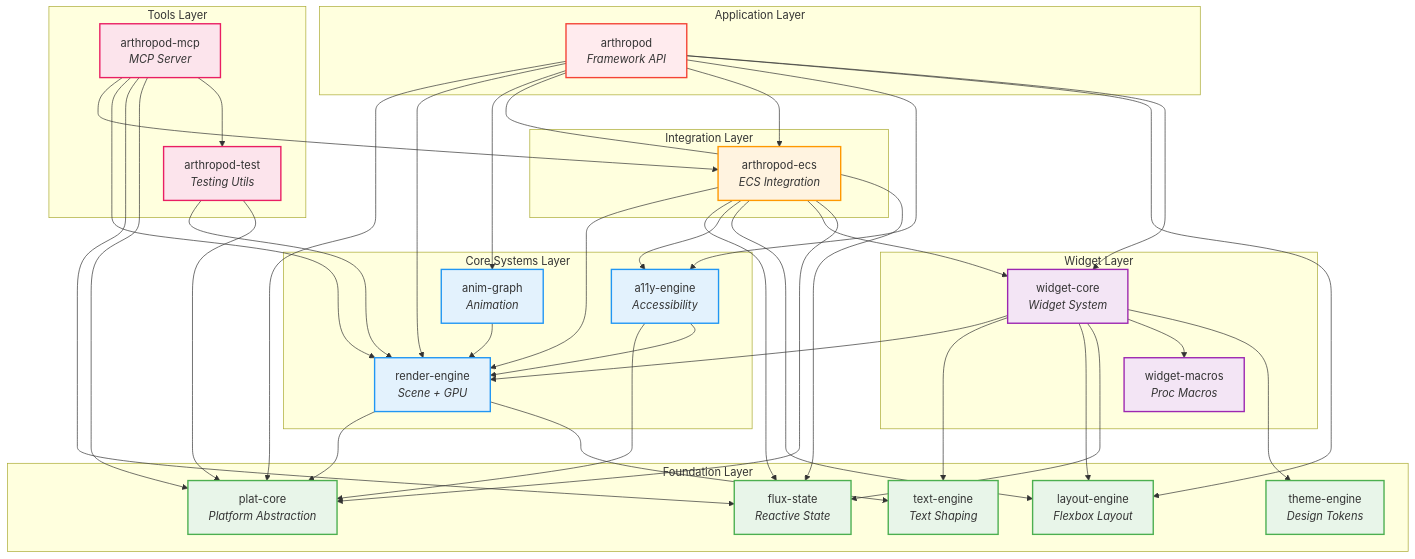
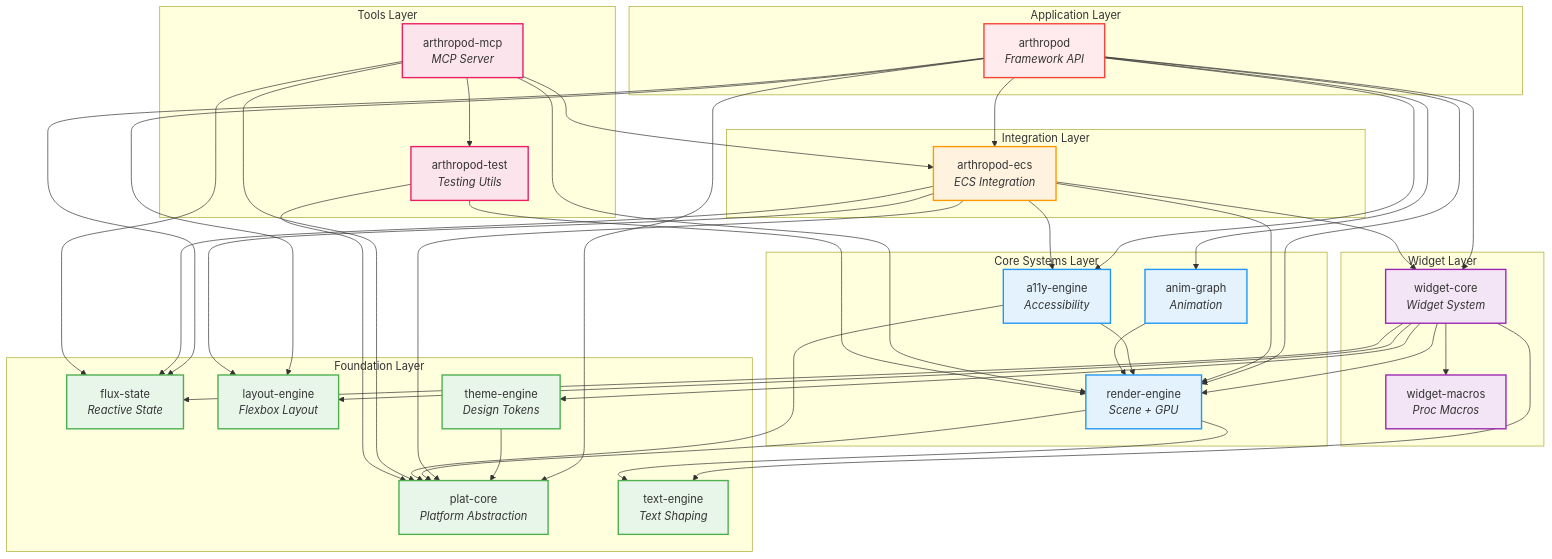
The diagram in docs/architecture/dependency-graph.md (madmax983/arthropod), drawn with Mermaid before and after one commit. The commit also changed other lines of this file and 2 other files, not shown here.

First line of the commit message:
📜 Codex: ADR 019 & Architecture Diagram Update (#113)

```diff
--- a/docs/architecture/dependency-graph.md
+++ b/docs/architecture/dependency-graph.md
@@ -56,6 +56,9 @@
     widget-core --> widget-macros
     widget-core --> theme-engine
 
+    %% theme-engine dependencies
+    theme-engine --> plat-core
+
     %% arthropod-ecs dependencies
     arthropod-ecs --> render-engine
     arthropod-ecs --> flux-state
```
